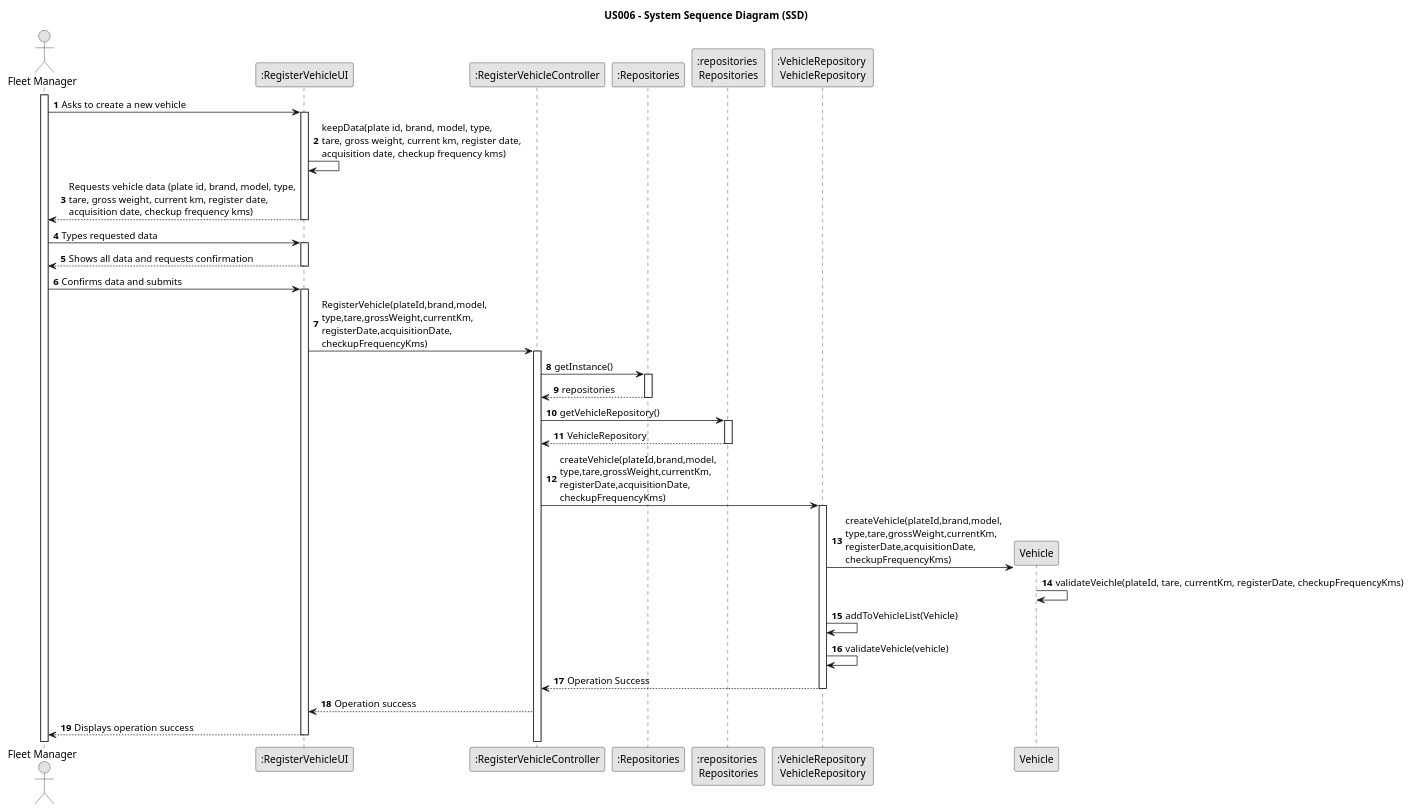
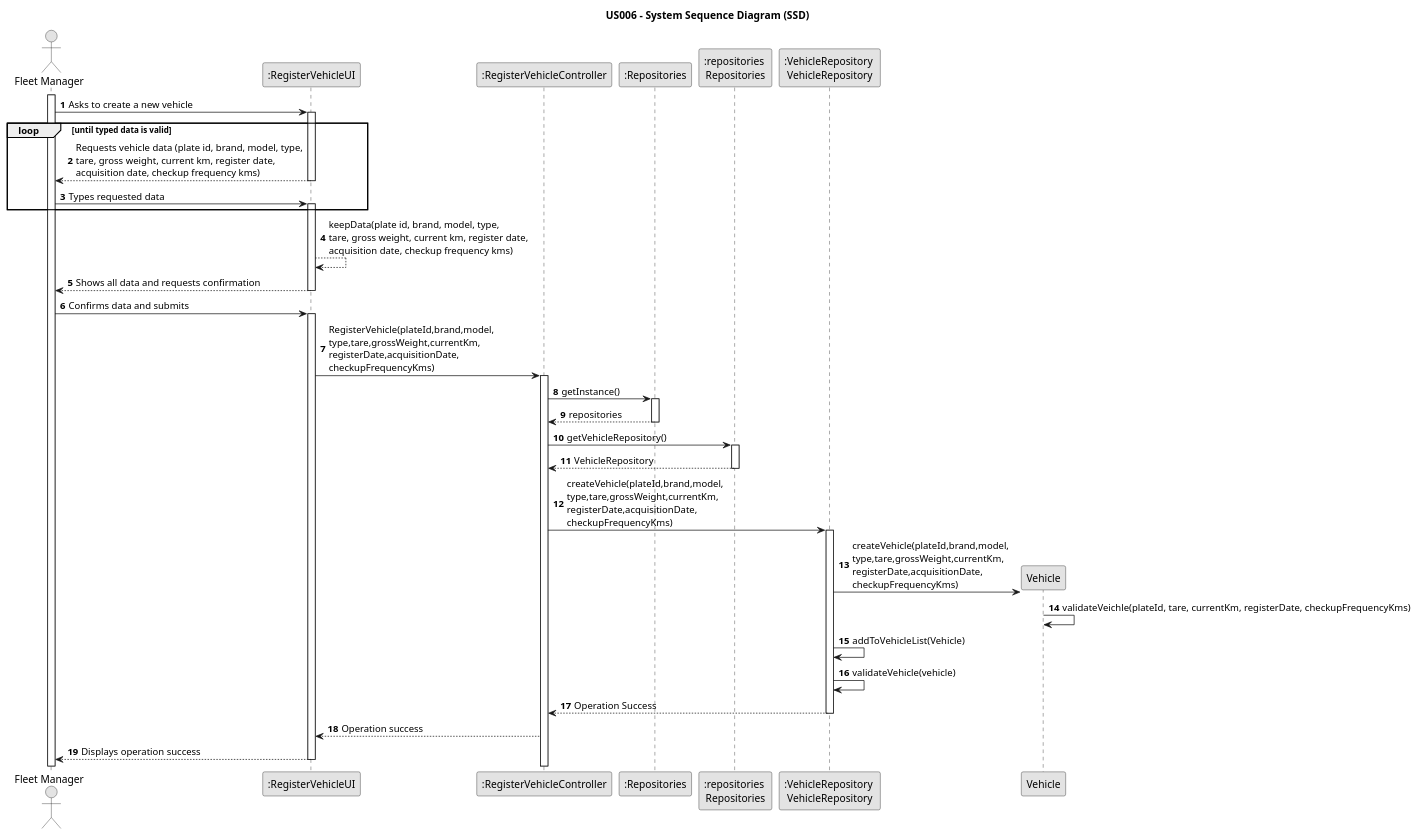
Before and after one commit to Rui-San/LAPR2_2023_2024: the diagram in docs/sprintB/us006/03.design/puml/us006-system-sequence-diagram.puml, drawn with PlantUML. The commit also changed 4 other files, not shown here.

Commit message:
US06: made design rationale, fixed class diagram, fixed sequence diagram and added svg files for SD and CD

```diff
--- a/docs/sprintB/us006/03.design/puml/us006-system-sequence-diagram.puml
+++ b/docs/sprintB/us006/03.design/puml/us006-system-sequence-diagram.puml
@@ -1,80 +1,82 @@
 @startuml
 skinparam monochrome true
 skinparam packageStyle rectangle
 skinparam shadowing false
 
 title US006 - System Sequence Diagram (SSD)
 
 autonumber
 
 actor "Fleet Manager" as Employee
 participant ":RegisterVehicleUI" as System
 participant ":RegisterVehicleController" as CTRL
 participant ":Repositories" as REP
 participant ":repositories \nRepositories" as REPS
 participant ":VehicleRepository \nVehicleRepository" as VR
 
 activate Employee
 
     Employee -> System : Asks to create a new vehicle
     activate System
-    System->System: keepData(plate id, brand, model, type,\ntare, gross weight, current km, register date,\nacquisition date, checkup frequency kms)
+    loop until typed data is valid
     System  --> Employee : Requests vehicle data (plate id, brand, model, type,\ntare, gross weight, current km, register date,\nacquisition date, checkup frequency kms)
     deactivate System
 
     Employee -> System : Types requested data
     activate System
+    end loop
 
+        System --> System : keepData(plate id, brand, model, type,\ntare, gross weight, current km, register date,\nacquisition date, checkup frequency kms)
         System --> Employee : Shows all data and requests confirmation
     deactivate System
 
     Employee -> System : Confirms data and submits
     activate System
         System->CTRL :RegisterVehicle(plateId,brand,model,\ntype,tare,grossWeight,currentKm,\nregisterDate,acquisitionDate,\ncheckupFrequencyKms)
         activate CTRL
 
             CTRL->REP: getInstance()
 
             activate REP
 
             REP-->CTRL: repositories
 
             deactivate REP
 
             CTRL->REPS: getVehicleRepository()
 
             activate REPS
 
             REPS-->CTRL: VehicleRepository
 
             deactivate REPS
 
             CTRL->VR: createVehicle(plateId,brand,model,\ntype,tare,grossWeight,currentKm,\nregisterDate,acquisitionDate,\ncheckupFrequencyKms)
 
             activate VR
 
             VR->Vehicle**: createVehicle(plateId,brand,model,\ntype,tare,grossWeight,currentKm,\nregisterDate,acquisitionDate,\ncheckupFrequencyKms)
 
             Vehicle->Vehicle: validateVeichle(plateId, tare, currentKm, registerDate, checkupFrequencyKms)
 
 
             VR->VR: addToVehicleList(Vehicle)
 
             VR->VR: validateVehicle(vehicle)
 
 
             VR-->CTRL: Operation Success
 
             deactivate VR
 
             CTRL-->System: Operation success
 
 
 
         System --> Employee : Displays operation success
     deactivate System
 
 
 
 
 @enduml
```
